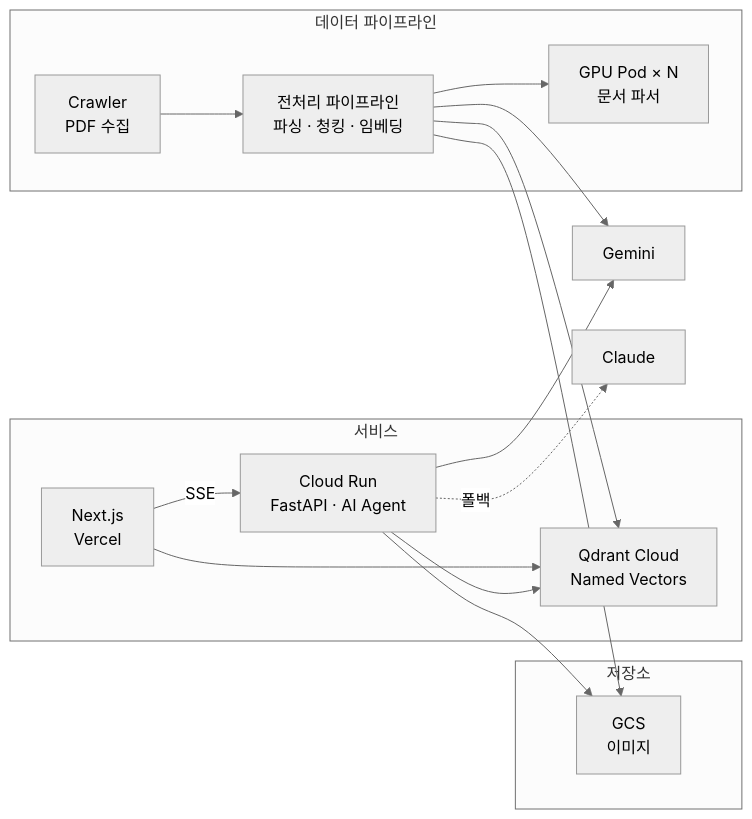
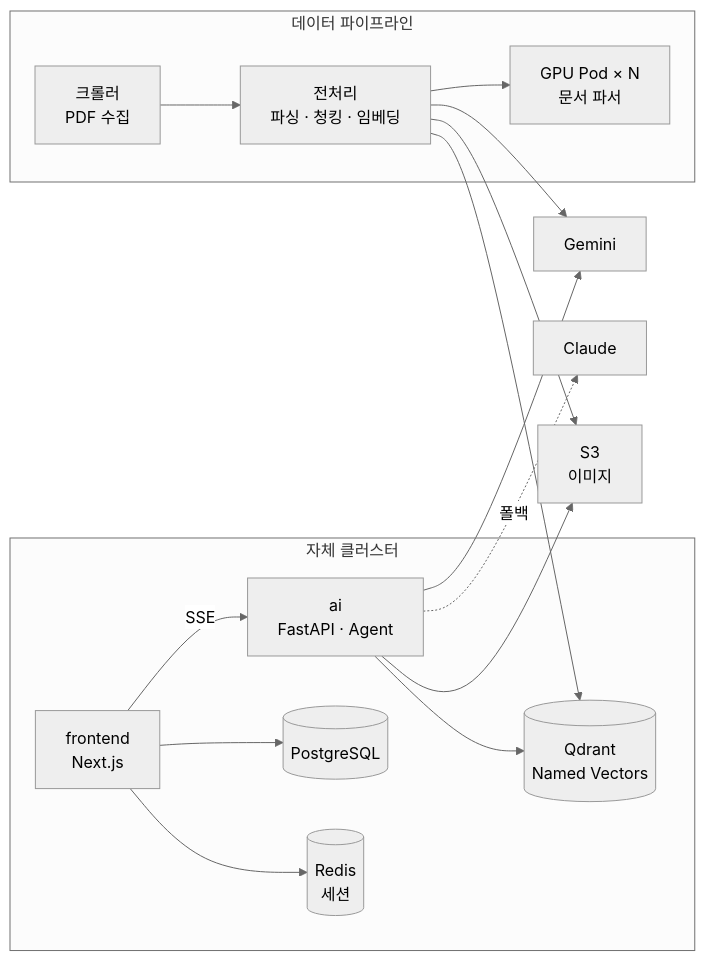
The diagram in data/content/notes/bonda-tech-stack.md (genie49/genie-cv), drawn with Mermaid (neutral theme) before and after one commit. The commit also changed other lines of this file and 14 other files, not shown here.

````diff
--- a/data/content/notes/bonda-tech-stack.md
+++ b/data/content/notes/bonda-tech-stack.md
@@ -29,26 +31,22 @@
 ```mermaid
 flowchart LR
-    subgraph "서비스"
-        Next["Next.js<br/>Vercel"] -->|SSE| CR["Cloud Run<br/>FastAPI · AI Agent"]
-        Next --> QD
+    subgraph "자체 클러스터"
+        Next["frontend<br/>Next.js"] -->|SSE| AI["ai<br/>FastAPI · Agent"]
+        Next --> PG[("PostgreSQL")]
+        Next --> RD[("Redis<br/>세션")]
+        AI --> QD[("Qdrant<br/>Named Vectors")]
     end
 
     subgraph "데이터 파이프라인"
-        Crawler["Crawler<br/>PDF 수집"] --> Pipeline["전처리 파이프라인<br/>파싱 · 청킹 · 임베딩"]
+        Crawler["크롤러<br/>PDF 수집"] --> Pipeline["전처리<br/>파싱 · 청킹 · 임베딩"]
         Pipeline --> GPU["GPU Pod × N<br/>문서 파서"]
     end
 
-    subgraph "저장소"
-        QD["Qdrant Cloud<br/>Named Vectors"]
-        GCS["GCS<br/>이미지"]
-    end
-
-    CR --> Gemini["Gemini"]
-    CR -.->|폴백| Claude["Claude"]
-    CR --> QD
-    CR --> GCS
+    AI --> Gemini["Gemini"]
+    AI -.->|폴백| Claude["Claude"]
+    AI --> S3["S3<br/>이미지"]
 
     Pipeline --> Gemini
     Pipeline --> QD
-    Pipeline --> GCS
+    Pipeline --> S3
 ```
````
